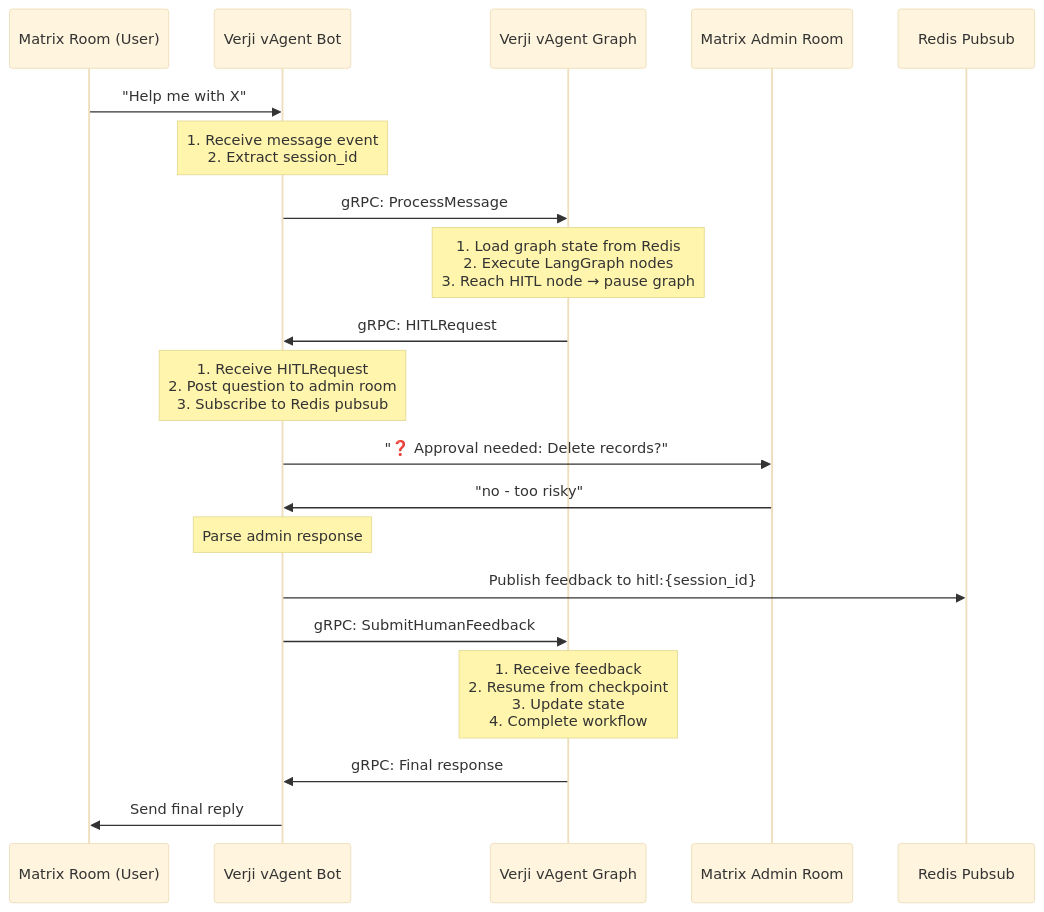
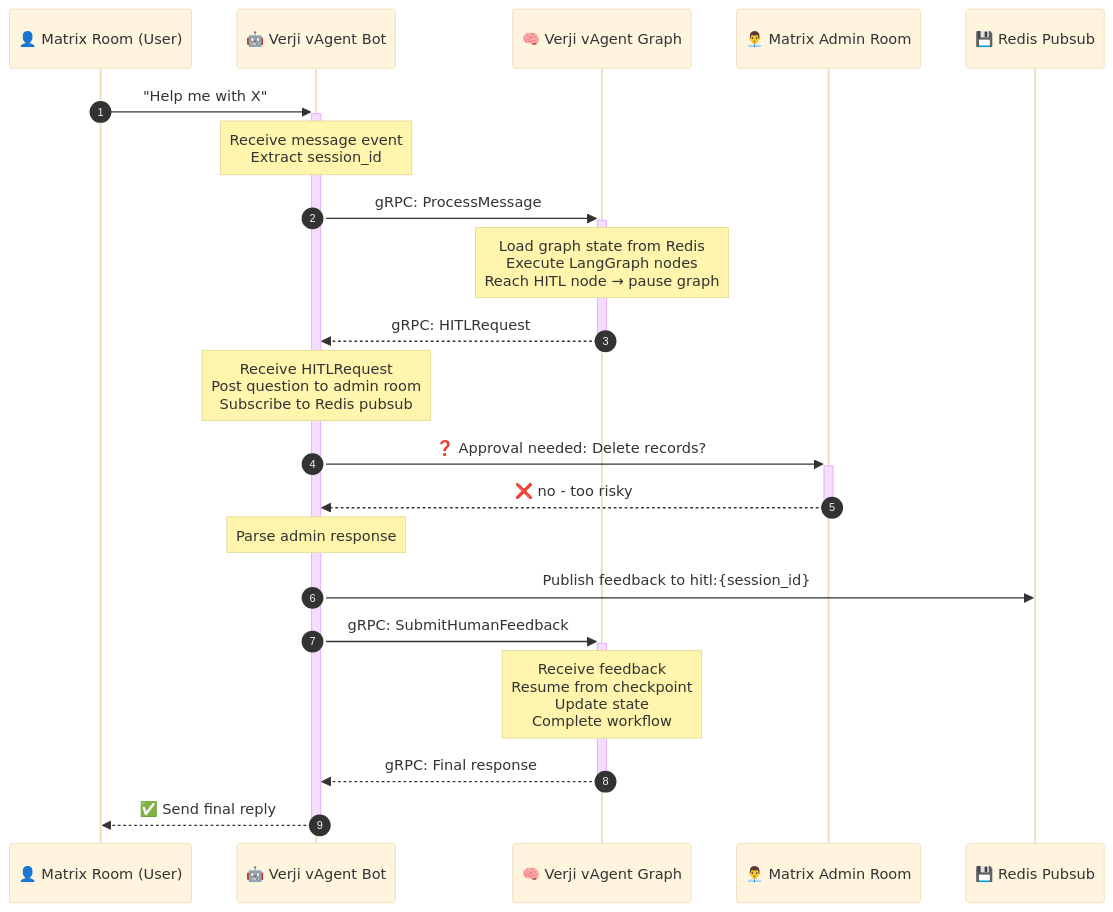
The second of 3 diagrams in ARCHITECTURE.md (verji/verji-ai-agent), drawn with Mermaid (base theme) before and after one commit. The commit also changed other lines of this file, not shown here.

First line of the commit message:
Enhance Mermaid diagrams with colors, rounded edges, and icons

````diff
--- a/ARCHITECTURE.md
+++ b/ARCHITECTURE.md
@@ -158,23 +155,24 @@
 ```mermaid
 sequenceDiagram
-    participant User as Matrix Room (User)
-    participant Bot as Verji vAgent Bot
-    participant Graph as Verji vAgent Graph
-    participant Admin as Matrix Admin Room
-    participant Redis as Redis Pubsub
+    autonumber
+    participant User as 👤 Matrix Room (User)
+    participant Bot as 🤖 Verji vAgent Bot
+    participant Graph as 🧠 Verji vAgent Graph
+    participant Admin as 👨‍💼 Matrix Admin Room
+    participant Redis as 💾 Redis Pubsub
 
-    User->>Bot: "Help me with X"
-    Note over Bot: 1. Receive message event<br/>2. Extract session_id
-    Bot->>Graph: gRPC: ProcessMessage
-    Note over Graph: 1. Load graph state from Redis<br/>2. Execute LangGraph nodes<br/>3. Reach HITL node → pause graph
-    Graph->>Bot: gRPC: HITLRequest
-    Note over Bot: 1. Receive HITLRequest<br/>2. Post question to admin room<br/>3. Subscribe to Redis pubsub
-    Bot->>Admin: "❓ Approval needed: Delete records?"
-    Admin->>Bot: "no - too risky"
+    User->>+Bot: "Help me with X"
+    Note over Bot: Receive message event<br/>Extract session_id
+    Bot->>+Graph: gRPC: ProcessMessage
+    Note over Graph: Load graph state from Redis<br/>Execute LangGraph nodes<br/>Reach HITL node → pause graph
+    Graph-->>-Bot: gRPC: HITLRequest
+    Note over Bot: Receive HITLRequest<br/>Post question to admin room<br/>Subscribe to Redis pubsub
+    Bot->>+Admin: ❓ Approval needed: Delete records?
+    Admin-->>-Bot: ❌ no - too risky
     Note over Bot: Parse admin response
     Bot->>Redis: Publish feedback to hitl:{session_id}
-    Bot->>Graph: gRPC: SubmitHumanFeedback
-    Note over Graph: 1. Receive feedback<br/>2. Resume from checkpoint<br/>3. Update state<br/>4. Complete workflow
-    Graph->>Bot: gRPC: Final response
-    Bot->>User: Send final reply
+    Bot->>+Graph: gRPC: SubmitHumanFeedback
+    Note over Graph: Receive feedback<br/>Resume from checkpoint<br/>Update state<br/>Complete workflow
+    Graph-->>-Bot: gRPC: Final response
+    Bot-->>-User: ✅ Send final reply
 ```
````
